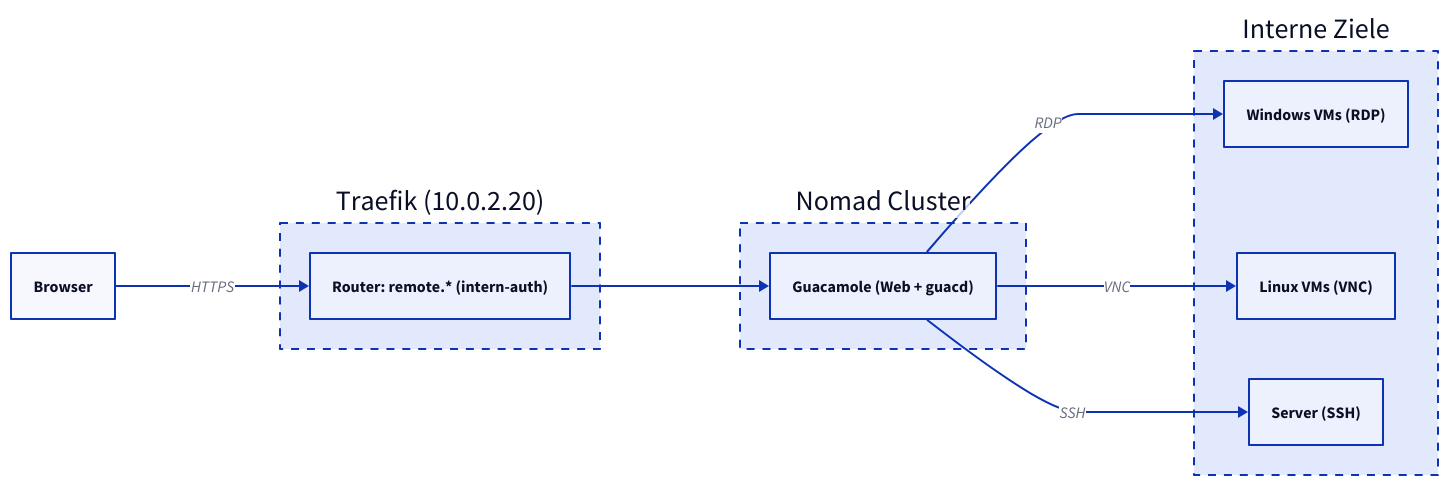
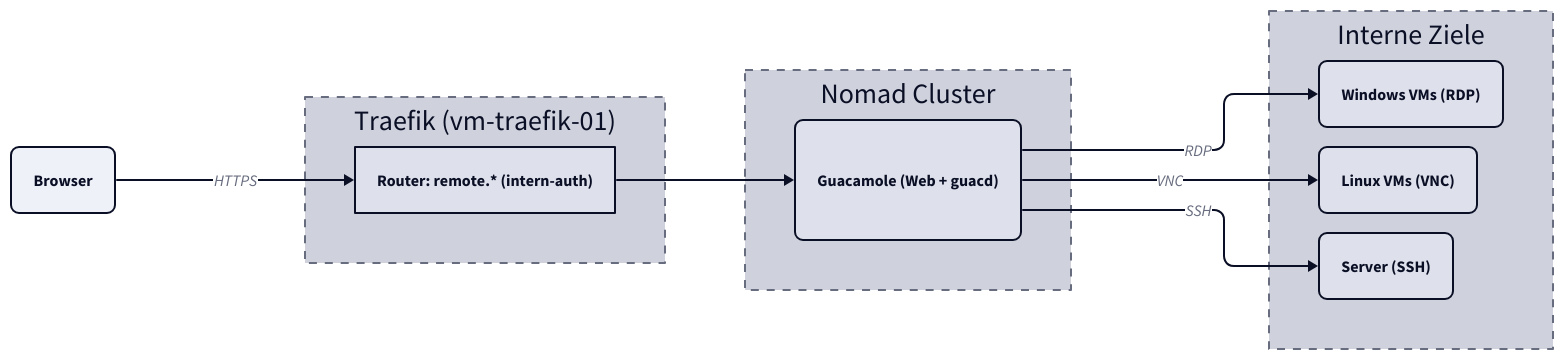
One commit to derever-labs/homelab-wiki changed the diagram in docs/guacamole/index.md. Above: the diagram before and after it, drawn with D2. The commit also changed other lines of this file and 109 other files, not shown here.

````diff
--- a/docs/guacamole/index.md
+++ b/docs/guacamole/index.md
@@ -32,28 +32,53 @@
 ```d2
+vars: {
+  d2-config: {
+    theme-id: 1
+    layout-engine: elk
+  }
+}
+
 direction: right
 
-USER: Browser
+classes: {
+  node: {
+    style: {
+      border-radius: 8
+    }
+  }
+}
 
-Traefik: Traefik (10.0.2.20) {
+USER: Browser {
+  class: node
+}
+
+Traefik: Traefik (vm-traefik-01) {
   style.stroke-dash: 4
   R1: Router: remote.* (intern-auth)
 }
 
 Nomad: Nomad Cluster {
   style.stroke-dash: 4
-  GUAC: Guacamole (Web + guacd)
+  GUAC: Guacamole (Web + guacd) {
+    class: node
+  }
 }
 
 Targets: Interne Ziele {
   style.stroke-dash: 4
-  RDP: Windows VMs (RDP)
-  VNC: Linux VMs (VNC)
-  SSH: Server (SSH)
+  RDP: Windows VMs (RDP) {
+    class: node
+  }
+  VNC: Linux VMs (VNC) {
+    class: node
+  }
+  SSH: Server (SSH) {
+    class: node
+  }
 }
 
 USER -> Traefik.R1: HTTPS
 Traefik.R1 -> Nomad.GUAC
 Nomad.GUAC -> Targets.RDP: RDP
 Nomad.GUAC -> Targets.VNC: VNC
 Nomad.GUAC -> Targets.SSH: SSH
 ```
````
